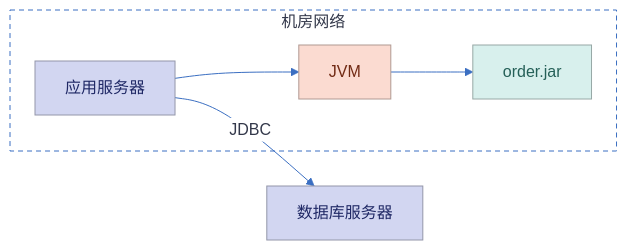
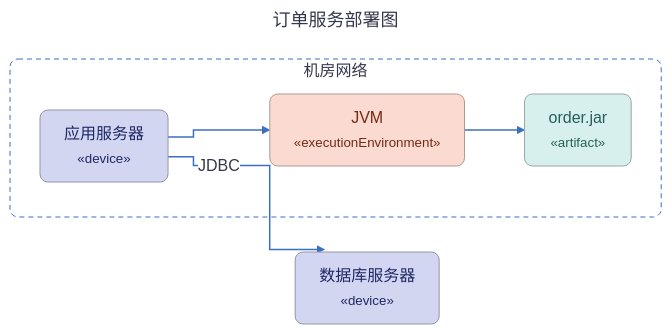
Before and after one commit to huang-hee/diagram-kit: the diagram in docs/assets/uml_deploy.mmd, drawn with Mermaid. The commit also changed 248 other files, not shown here.

First line of the commit message:
feat: 示例按统一风格重做，补齐 42 张 drawio 整图示例，默认工具改为 drawio

```diff
--- a/docs/assets/uml_deploy.mmd
+++ b/docs/assets/uml_deploy.mmd
@@ -1,37 +1,45 @@
 ---
+title: "订单服务部署图"
 config:
   theme: base
   fontFamily: "PingFang SC, Microsoft YaHei, Noto Sans CJK SC, Source Han Sans SC, sans-serif"
+  flowchart:
+    curve: "step"
+    nodeSpacing: 50
+    rankSpacing: 60
+    padding: 12
+    wrappingWidth: 300
   themeVariables:
     background: "#FFFFFF"
     primaryColor: "#FFFFFF"
     primaryBorderColor: "#3B6FC2"
     primaryTextColor: "#33384A"
     nodeTextColor: "#33384A"
     secondaryColor: "#FBDBD1"
     tertiaryColor: "#EBF1F9"
     lineColor: "#3B6FC2"
     textColor: "#33384A"
     clusterBkg: "#EBF1F9"
     clusterBorder: "#3B6FC2"
     edgeLabelBackground: "#FFFFFF"
     titleColor: "#33384A"
     noteBkgColor: "#FFF6CE"
     noteBorderColor: "#A6A086"
     noteTextColor: "#33384A"
 ---
 flowchart LR
   subgraph DC[机房网络]
-    N1[应用服务器]:::device
-    E1[JVM]:::env
-    A1[order.jar]:::artifact
+    N1["应用服务器<br><small>«device»</small>"]:::device
+    E1["JVM<br><small>«executionEnvironment»</small>"]:::env
+    A1["order.jar<br><small>«artifact»</small>"]:::artifact
   end
-  N2[数据库服务器]:::device
+  N2["数据库服务器<br><small>«device»</small>"]:::device
   N1 --> E1 --> A1
   N1 -- JDBC --> N2
   class DC zone
-classDef device fill:#D2D6F1,stroke:#9396A9,color:#1F2865
-classDef env fill:#FBDBD1,stroke:#B09992,color:#712A14
-classDef artifact fill:#D8F0ED,stroke:#97A8A6,color:#256058
-classDef zone fill:#FFFFFF,stroke:#3B6FC2,color:#33384A,stroke-dasharray:5 4
+classDef device fill:#D2D6F1,stroke:#9396A9,color:#1F2865,rx:8,ry:8
+classDef env fill:#FBDBD1,stroke:#B09992,color:#712A14,rx:8,ry:8
+classDef artifact fill:#D8F0ED,stroke:#97A8A6,color:#256058,rx:8,ry:8
+classDef zone fill:#FFFFFF,stroke:#3B6FC2,color:#33384A,stroke-dasharray:5 4,rx:8,ry:8
 %% 用法：节点 A:::device 或 class A,B device
+linkStyle default stroke-width:1.5px
```
